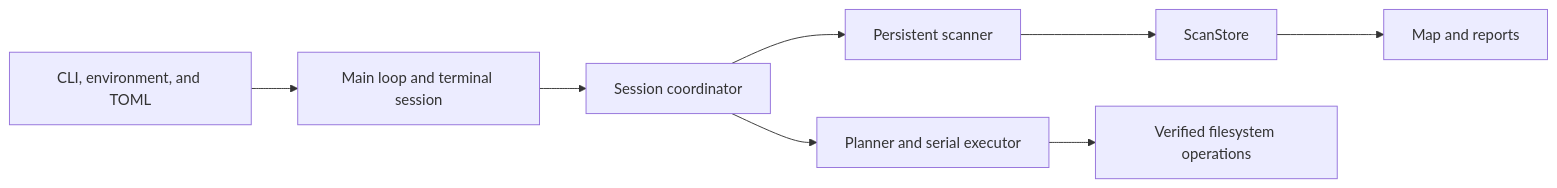
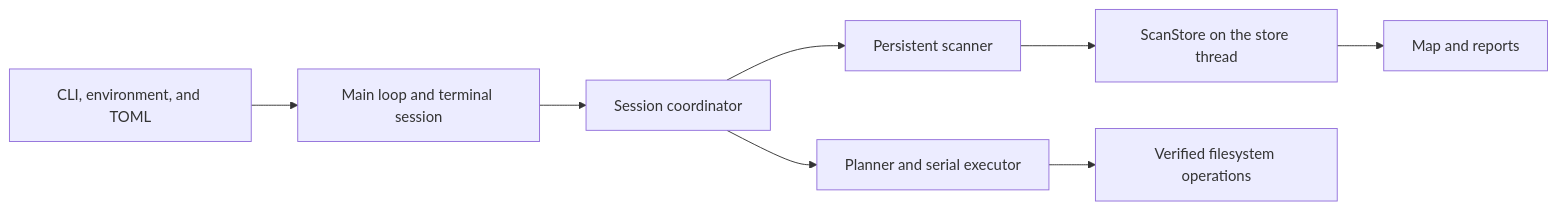
Before and after one commit to findyourexit/excise: the diagram in docs/architecture/overview.md, drawn with Mermaid. The commit also changed other lines of this file and 40 other files, not shown here.

````diff
--- a/docs/architecture/overview.md
+++ b/docs/architecture/overview.md
@@ -7,10 +7,10 @@
 ```mermaid
 flowchart LR
     Input[CLI, environment, and TOML] --> App[Main loop and terminal session]
     App --> Coordinator[Session coordinator]
     Coordinator --> Scanner[Persistent scanner]
-    Scanner --> Store[ScanStore]
+    Scanner --> Store[ScanStore on the store thread]
     Store --> Views[Map and reports]
     Coordinator --> Deletion[Planner and serial executor]
     Deletion --> Filesystem[Verified filesystem operations]
 ```
````
